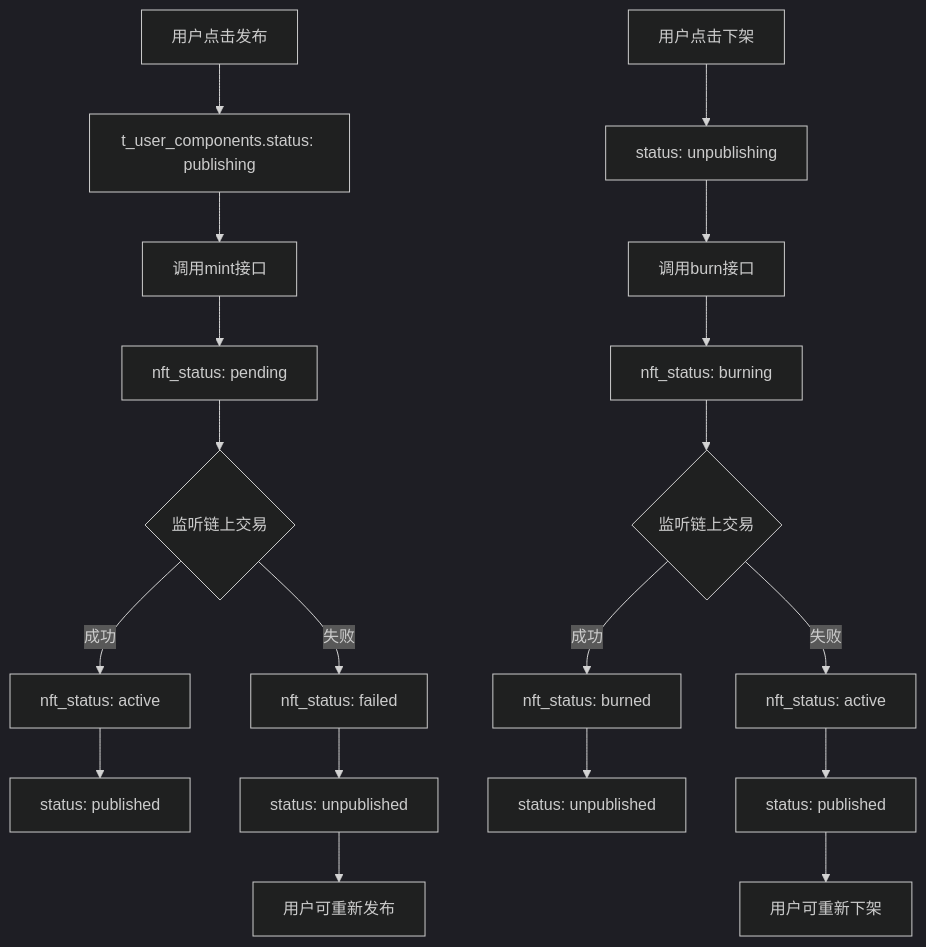
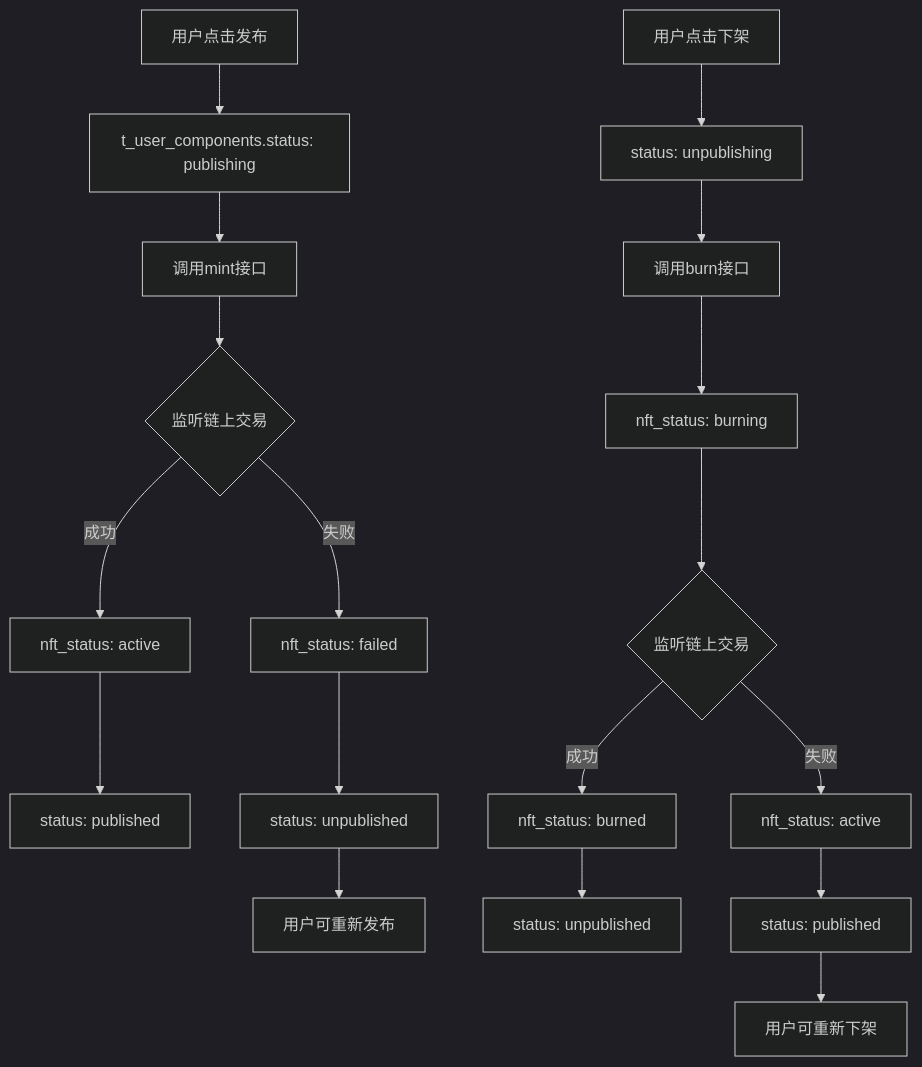
Before and after one commit to yingjianzh/iodraw-files: the diagram in all/未命名-74.md, drawn with Mermaid (dark theme).

Commit message:
2025-07-07 15:42:34 update

````diff
--- a/all/未命名-74.md
+++ b/all/未命名-74.md
@@ -1,22 +1,21 @@
 ```mermaid
 graph TD
     A[用户点击发布] --> B[t_user_components.status: publishing]
     B --> C[调用mint接口]
-    C --> D[nft_status: pending]
-    D --> E{监听链上交易}
+    C --> E{监听链上交易}
     E -->|成功| F[nft_status: active]
     F --> G[status: published]
     E -->|失败| H[nft_status: failed]
     H --> I[status: unpublished]
     I --> J[用户可重新发布]
     
     K[用户点击下架] --> L[status: unpublishing]
     L --> M[调用burn接口]
     M --> N[nft_status: burning]
     N --> O{监听链上交易}
     O -->|成功| P[nft_status: burned]
     P --> Q[status: unpublished]
     O -->|失败| R[nft_status: active]
     R --> S[status: published]
     S --> T[用户可重新下架]
 ```
````
